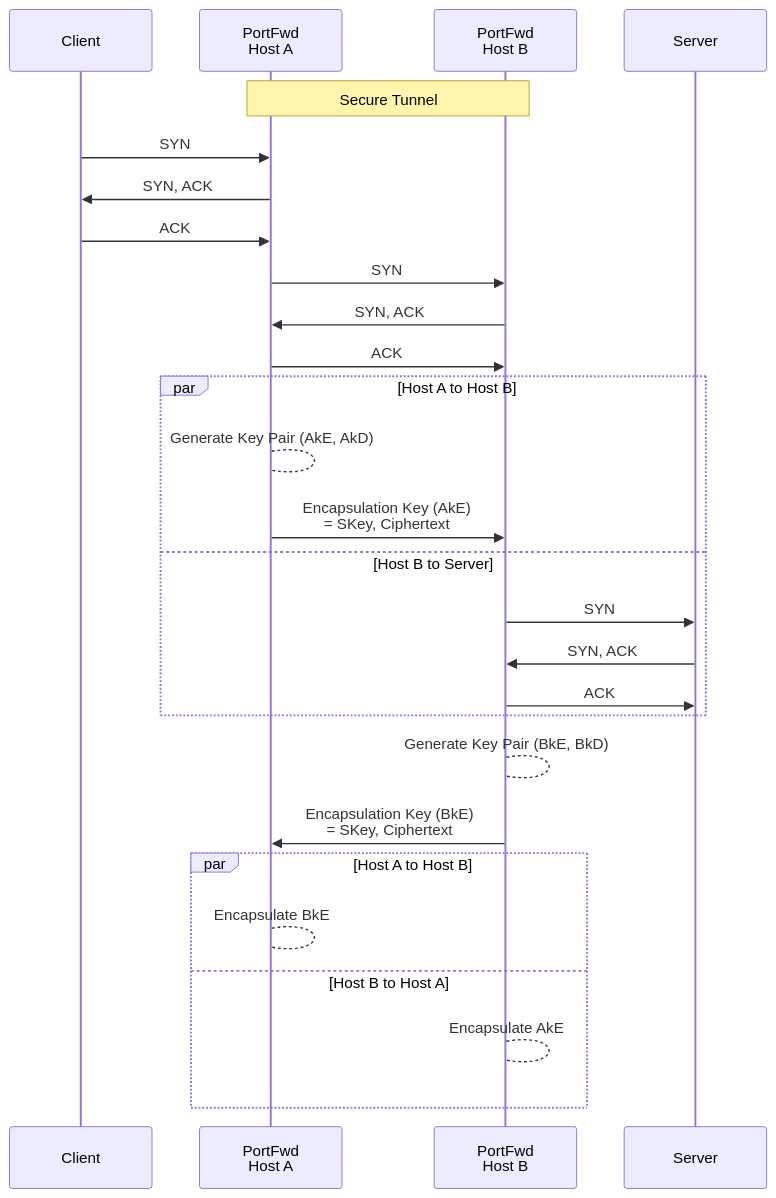
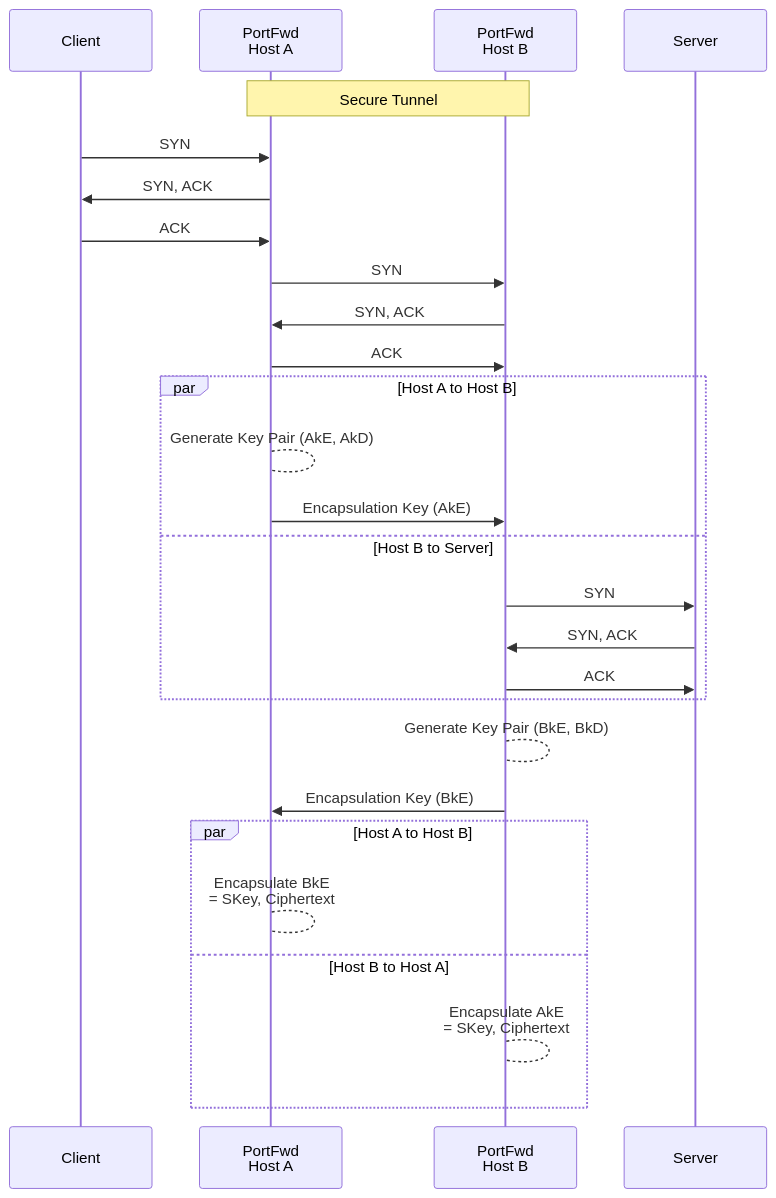
Before and after one commit to cmason3/portfwd: the diagram in README.md, drawn with Mermaid.

````diff
--- a/README.md
+++ b/README.md
@@ -32,32 +32,32 @@
 ```mermaid
 sequenceDiagram
     participant C as Client
     participant A as PortFwd<br />Host A
     participant B as PortFwd<br />Host B
     participant S as Server
     Note over A,B: Secure Tunnel
     C->>A: SYN
     A->>C: SYN, ACK
     C->>A: ACK
     A->>B: SYN
     B->>A: SYN, ACK
     A->>B: ACK
 
     par Host A to Host B
       A-->A: Generate Key Pair (AkE, AkD)
-      A->>B: Encapsulation Key (AkE)<br />= SKey, Ciphertext
+      A->>B: Encapsulation Key (AkE)
     and Host B to Server
       B->>S: SYN
       S->>B: SYN, ACK
       B->>S: ACK
     end
 
     B-->B: Generate Key Pair (BkE, BkD)
-    B->>A: Encapsulation Key (BkE)<br />= SKey, Ciphertext
+    B->>A: Encapsulation Key (BkE)
 
     par Host A to Host B
-      A-->A: Encapsulate BkE
+      A-->A: Encapsulate BkE<br />= SKey, Ciphertext
     and Host B to Host A
-      B-->B: Encapsulate AkE
+      B-->B: Encapsulate AkE<br />= SKey, Ciphertext
     end
 ```
````
